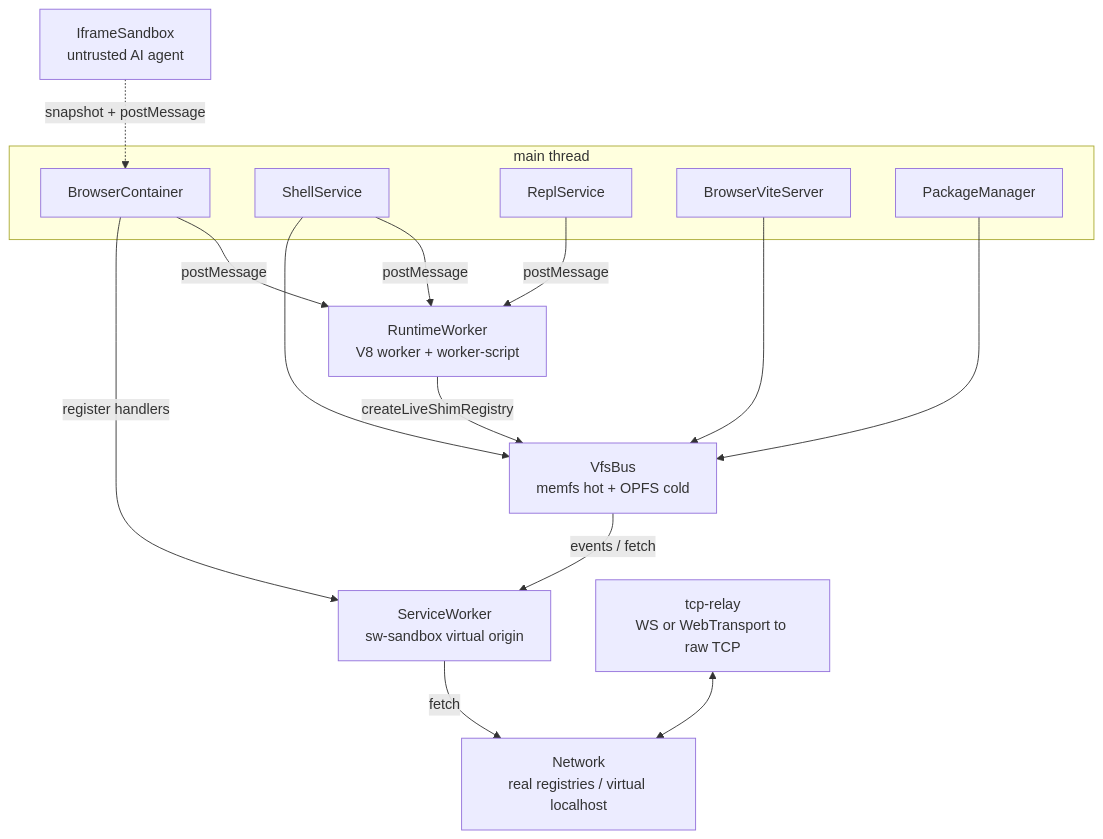
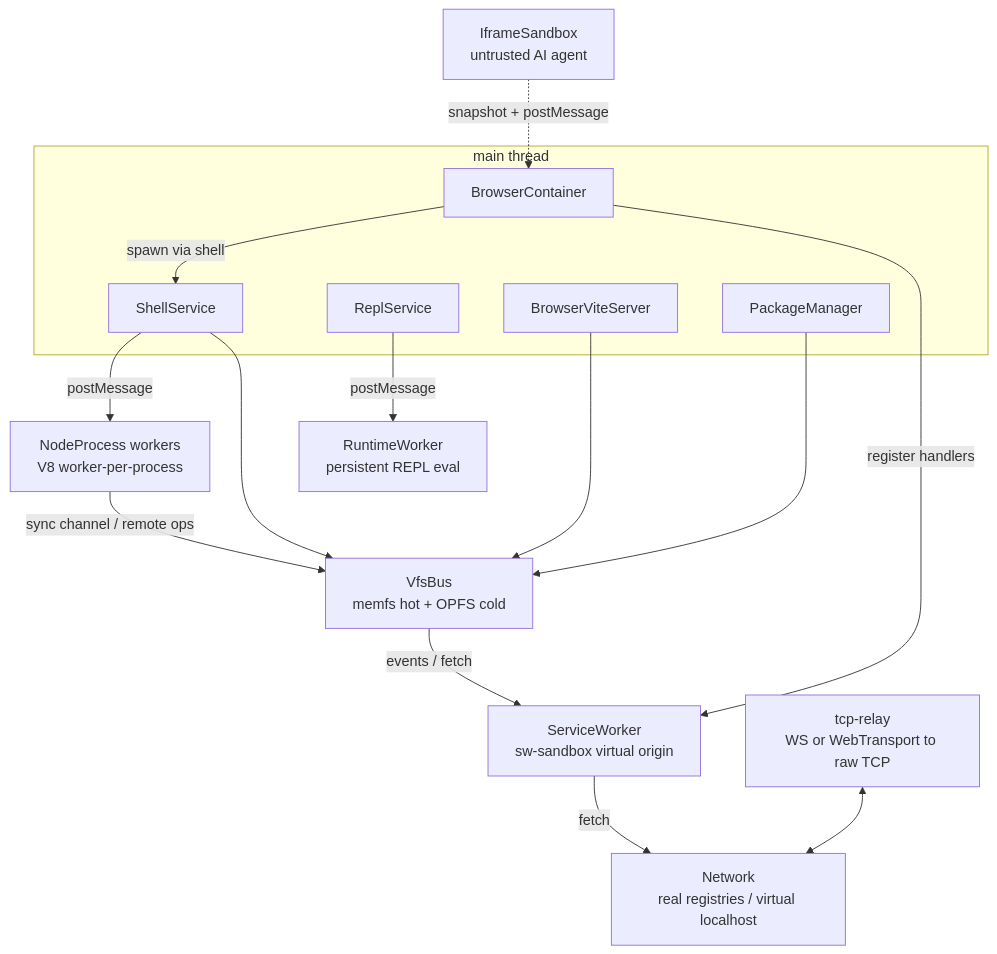
Before and after one commit to bolojs/bolo: the first of 2 diagrams in .agents/docs/ARCHITECTURE.md, drawn with Mermaid. The commit also changed other lines of this file and 6 other files, not shown here.

````diff
--- a/.agents/docs/ARCHITECTURE.md
+++ b/.agents/docs/ARCHITECTURE.md
@@ -11,30 +11,31 @@
 ```mermaid
 flowchart TD
     subgraph Main["main thread"]
         BC[BrowserContainer]
         SS[ShellService]
         RS[ReplService]
         VS[BrowserViteServer]
         PM[PackageManager]
     end
 
-    RW[RuntimeWorker<br/>V8 worker + worker-script]
+    RW[NodeProcess workers<br/>V8 worker-per-process]
+    REPL[RuntimeWorker<br/>persistent REPL eval]
     VB[VfsBus<br/>memfs hot + OPFS cold]
     SW[ServiceWorker<br/>sw-sandbox virtual origin]
     NW[Network<br/>real registries / virtual localhost]
     IF[IframeSandbox<br/>untrusted AI agent]
     TR[tcp-relay<br/>WS or WebTransport to raw TCP]
 
-    BC -->|postMessage| RW
+    BC -->|spawn via shell| SS
     SS -->|postMessage| RW
-    RS -->|postMessage| RW
-    RW -->|createLiveShimRegistry| VB
+    RS -->|postMessage| REPL
+    RW -->|sync channel / remote ops| VB
     SS --> VB
     PM --> VB
     VS --> VB
     VB -->|events / fetch| SW
     SW -->|fetch| NW
     BC -->|register handlers| SW
     IF -. snapshot + postMessage .-> BC
     TR <--> NW
 ```
````
